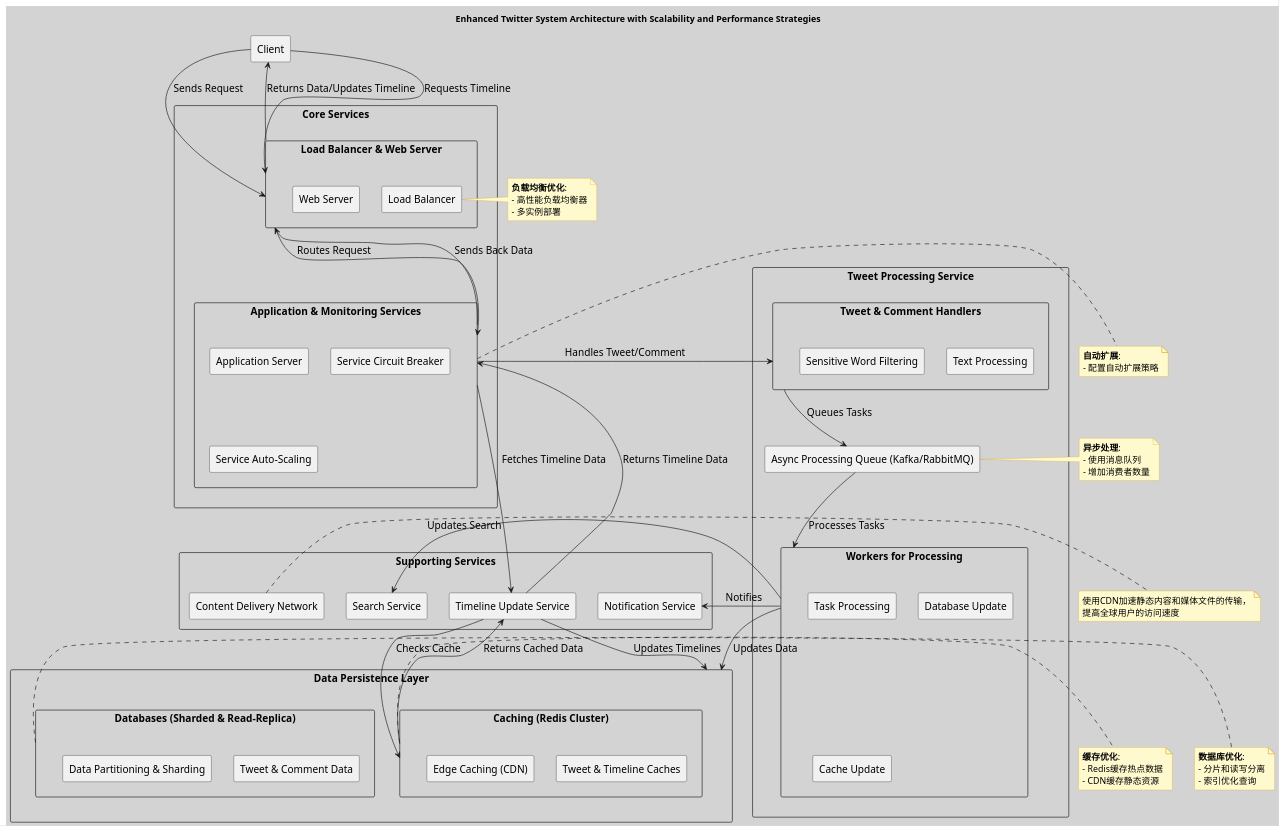
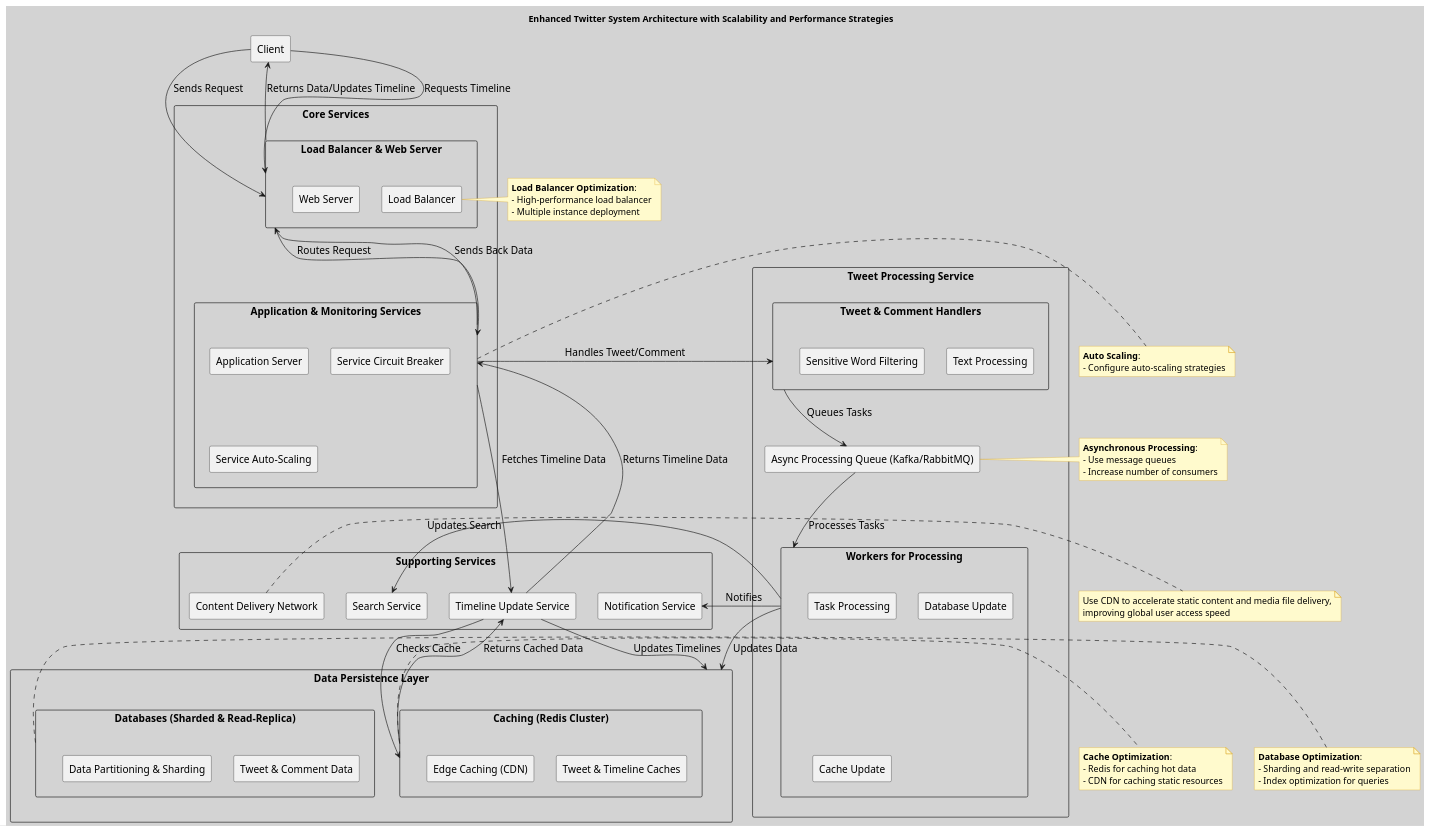
The diagram in twitter/tweet_system_detailed_architecture.puml (huangyingw/system_design), drawn with PlantUML before and after one commit.

```diff
--- a/twitter/tweet_system_detailed_architecture.puml
+++ b/twitter/tweet_system_detailed_architecture.puml
@@ -1,113 +1,113 @@
 @startuml
 
 skinparam backgroundColor #D3D3D3
 skinparam defaultFontName "Arial"
 skinparam defaultFontSize 16
 skinparam note {
   BackgroundColor #FFFACD
   BorderColor #DAA520
   FontSize 14
   FontName "Arial"
 }
 
 title Enhanced Twitter System Architecture with Scalability and Performance Strategies
 
 rectangle "Client" as Client
 
 rectangle "Core Services" as Core {
     rectangle "Load Balancer & Web Server" as LBWS {
         rectangle "Load Balancer" as LB
         rectangle "Web Server" as WS
     }
     rectangle "Application & Monitoring Services" as AMS {
         rectangle "Application Server" as AS
         rectangle "Service Circuit Breaker" as SCB
         rectangle "Service Auto-Scaling" as SAS
     }
 }
 
 rectangle "Tweet Processing Service" as TPS {
     rectangle "Tweet & Comment Handlers" as TCH {
         rectangle "Text Processing" as TP
         rectangle "Sensitive Word Filtering" as SWF
     }
     rectangle "Async Processing Queue (Kafka/RabbitMQ)" as APQ
     rectangle "Workers for Processing" as Workers {
         rectangle "Task Processing" as TProc
         rectangle "Database Update" as DBU
         rectangle "Cache Update" as CU
     }
 }
 
 rectangle "Supporting Services" as SS {
     rectangle "Search Service" as SSrv
     rectangle "Notification Service" as NSrv
     rectangle "Timeline Update Service" as TUS
     rectangle "Content Delivery Network" as CDN
 }
 
 rectangle "Data Persistence Layer" as DPS {
     rectangle "Caching (Redis Cluster)" as Cache {
         rectangle "Tweet & Timeline Caches" as TTC
         rectangle "Edge Caching (CDN)" as EC
     }
     rectangle "Databases (Sharded & Read-Replica)" as DB {
         rectangle "Tweet & Comment Data" as TCD
         rectangle "Data Partitioning & Sharding" as DPSH
     }
 }
 
 ' Define data flows
 Client -down-> LBWS : Sends Request
 LBWS -down-> AMS : Routes Request
 AMS -right-> TCH : Handles Tweet/Comment
 TCH -down-> APQ : Queues Tasks
 APQ -down-> Workers : Processes Tasks
 Workers -down-> DPS : Updates Data
 Workers -left-> SSrv : Updates Search
 Workers -left-> NSrv : Notifies
 TUS -down-> DPS : Updates Timelines
 Client -left-> LBWS : Requests Timeline
 AMS -down-> TUS : Fetches Timeline Data
 TUS -left-> Cache : Checks Cache
 Cache -down-> TUS : Returns Cached Data
 TUS -up-> AMS : Returns Timeline Data
 AMS -up-> LBWS : Sends Back Data
 LBWS -up-> Client : Returns Data/Updates Timeline
 CDN -[hidden]right-> SSrv
 
 note right of LB
-  **负载均衡优化**:
-  - 高性能负载均衡器
-  - 多实例部署
+  **Load Balancer Optimization**:
+  - High-performance load balancer
+  - Multiple instance deployment
 end note
 
 note right of Cache
-  **缓存优化**:
-  - Redis缓存热点数据
-  - CDN缓存静态资源
+  **Cache Optimization**:
+  - Redis for caching hot data
+  - CDN for caching static resources
 end note
 
 note right of DB
-  **数据库优化**:
-  - 分片和读写分离
-  - 索引优化查询
+  **Database Optimization**:
+  - Sharding and read-write separation
+  - Index optimization for queries
 end note
 
 note right of APQ
-  **异步处理**:
-  - 使用消息队列
-  - 增加消费者数量
+  **Asynchronous Processing**:
+  - Use message queues
+  - Increase number of consumers
 end note
 
 note right of AMS
-  **自动扩展**:
-  - 配置自动扩展策略
+  **Auto Scaling**:
+  - Configure auto-scaling strategies
 end note
 
 note right of CDN
-  使用CDN加速静态内容和媒体文件的传输，
-  提高全球用户的访问速度
+  Use CDN to accelerate static content and media file delivery,
+  improving global user access speed
 end note
 
 @enduml
```
